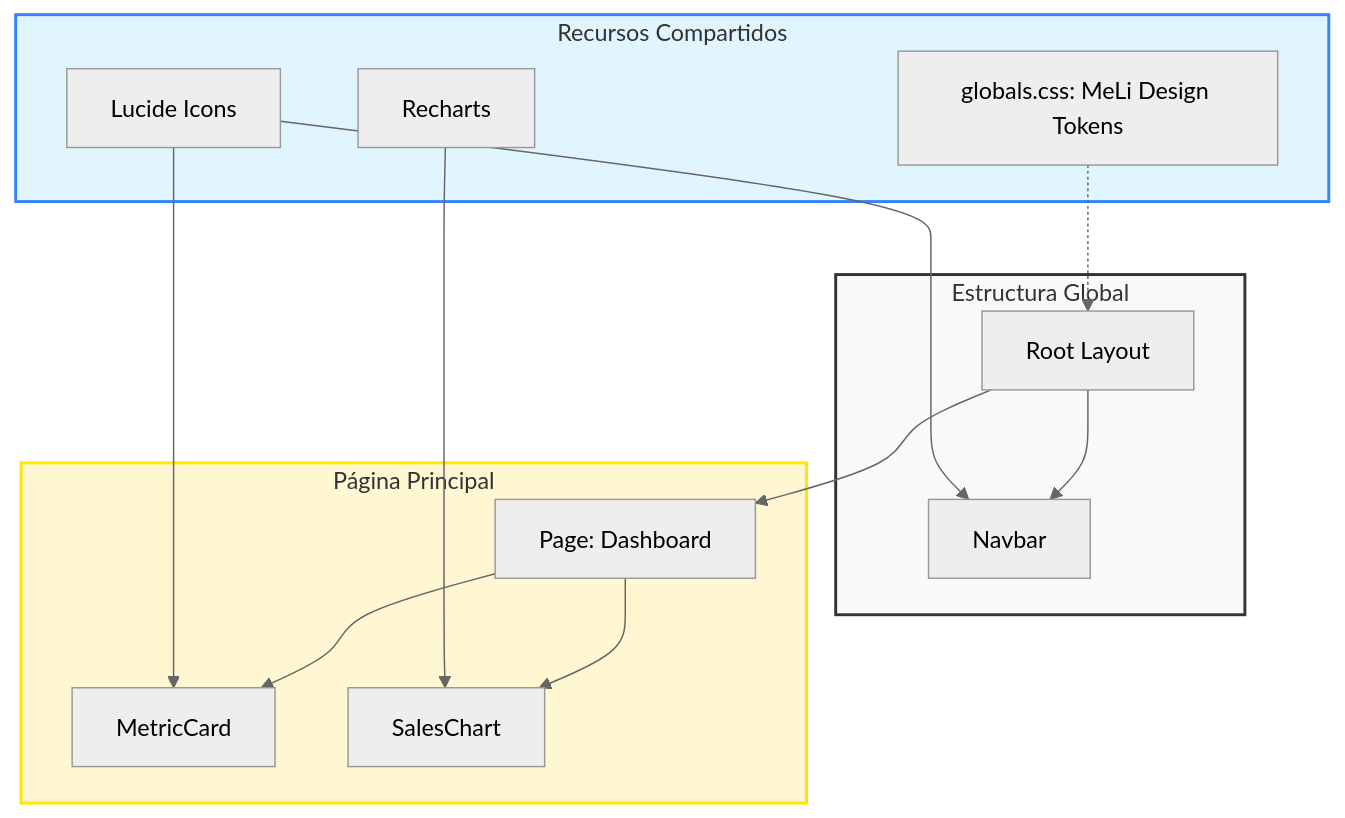
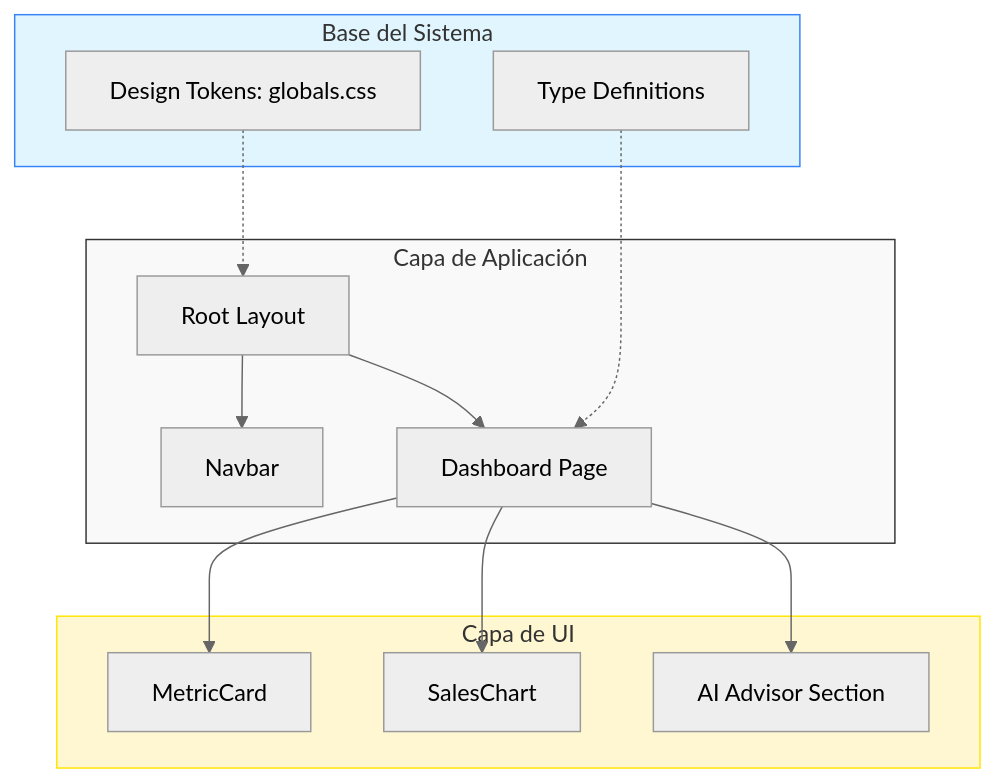
The diagram in docs/AUTODOC_ARCHITECTURE.md (Srozasc/meli-seller-command-center), drawn with Mermaid (neutral theme) before and after one commit. The commit also changed other lines of this file and 13 other files, not shown here.

````diff
--- a/docs/AUTODOC_ARCHITECTURE.md
+++ b/docs/AUTODOC_ARCHITECTURE.md
@@ -21,23 +18,22 @@
 ```mermaid
 graph TD
-    subgraph App_Shell [Estructura Global]
+    subgraph App_Core [Capa de Aplicación]
         L[Root Layout] --> N[Navbar]
+        L --> P[Dashboard Page]
     end
     
-    subgraph Dashboard_Page [Página Principal]
-        L --> P[Page: Dashboard]
+    subgraph Components_Layer [Capa de UI]
         P --> MC[MetricCard]
         P --> SC[SalesChart]
+        P --> AI[AI Advisor Section]
     end
     
-    subgraph Shared_Assets [Recursos Compartidos]
-        CSS[globals.css: MeLi Design Tokens] -.-> L
-        LIB_R[Recharts] --> SC
-        LIB_L[Lucide Icons] --> MC
-        LIB_L --> N
+    subgraph Foundation [Base del Sistema]
+        CSS[Design Tokens: globals.css] -.-> L
+        TS[Type Definitions] -.-> P
     end
 
-    style App_Shell fill:#f9f9f9,stroke:#333,stroke-width:2px
-    style Dashboard_Page fill:#fff7d1,stroke:#ffe600,stroke-width:2px
-    style Shared_Assets fill:#e1f5fe,stroke:#3483fa,stroke-width:2px
+    style App_Core fill:#f9f9f9,stroke:#333
+    style Components_Layer fill:#fff7d1,stroke:#ffe600
+    style Foundation fill:#e1f5fe,stroke:#3483fa
 ```
````
